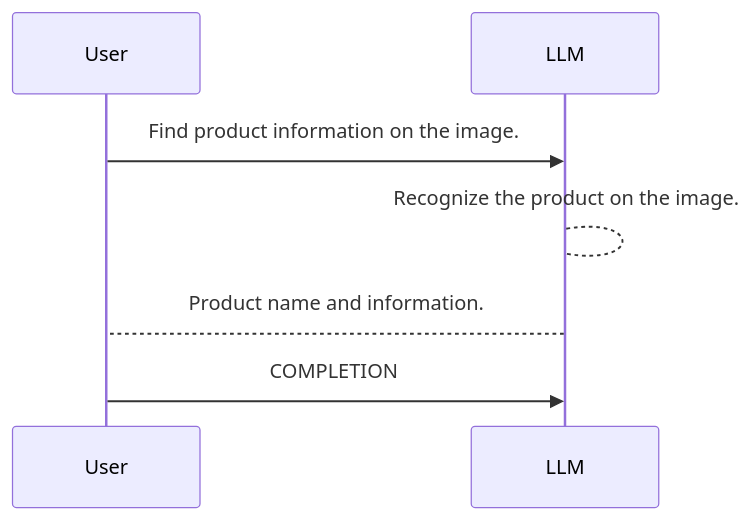
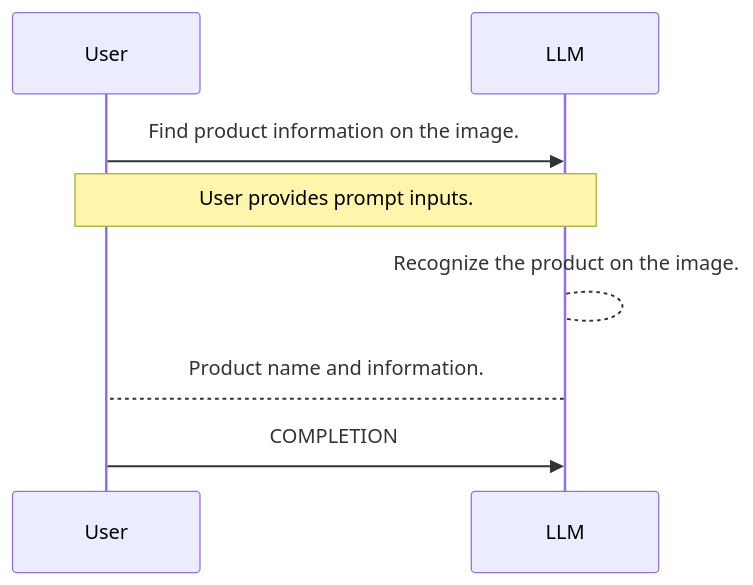
Before and after one commit to yueguoguo/yueguoguo.github.io: the first of 4 diagrams in _posts/2024-11-31-service-as-a-software.md, drawn with Mermaid. The commit also changed other lines of this file, not shown here.

Commit message:
update diagrams

```diff
--- a/_posts/2024-11-31-service-as-a-software.md
+++ b/_posts/2024-11-31-service-as-a-software.md
@@ -128,7 +130,8 @@
 <div class="mermaid">
 sequenceDiagram
     User->>LLM: Find product information on the image.
+    Note over User,LLM: User provides prompt inputs.
     LLM-->LLM: Recognize the product on the image. 
     LLM-->User: Product name and information.
     User->>LLM: COMPLETION
 </div>
```
